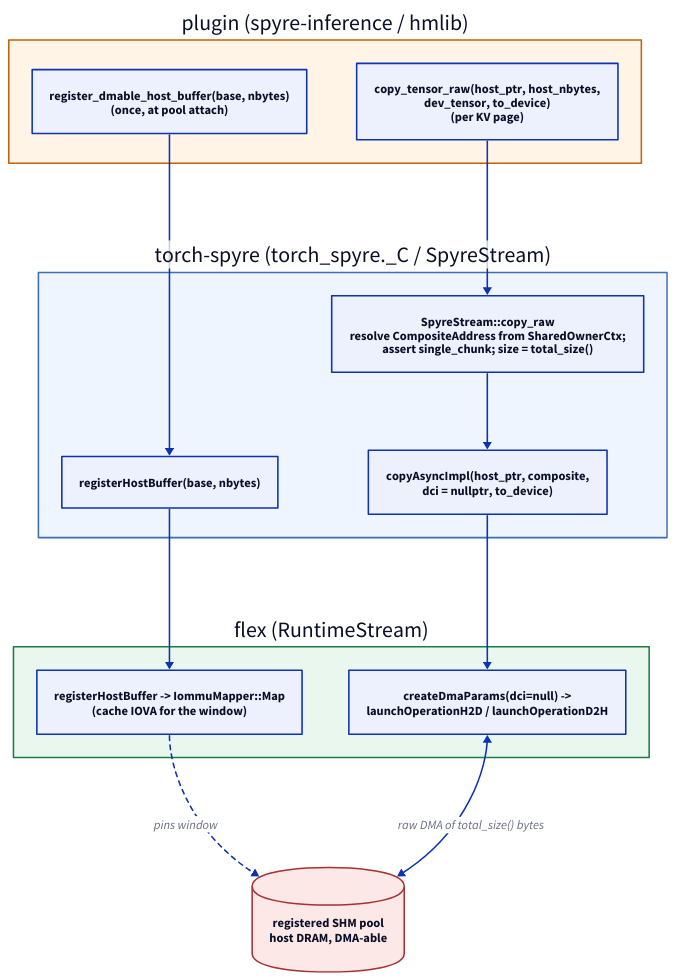
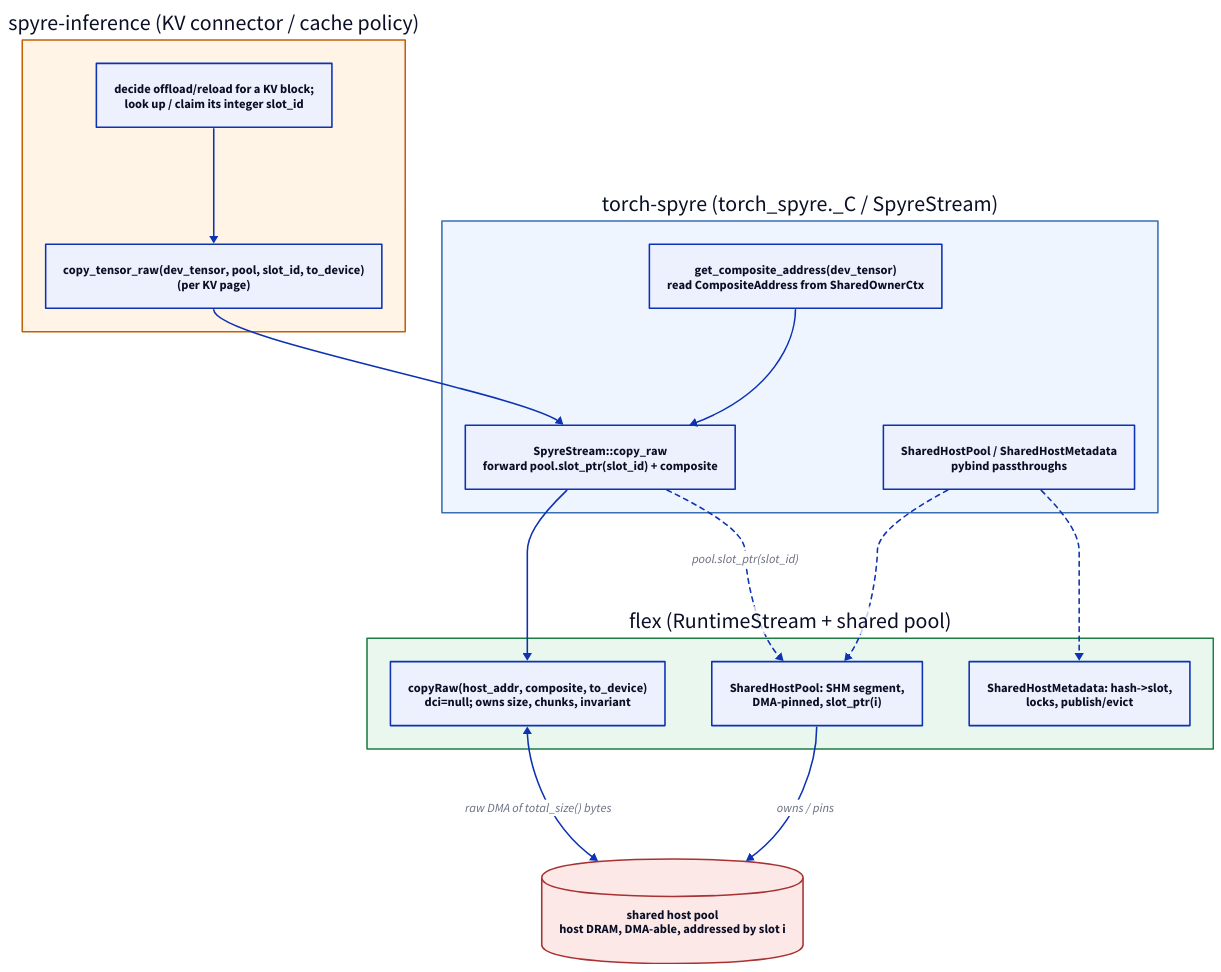
One commit to wangchen615/torch-spyre changed the diagram in docs/source/architecture/figures/copy-raw-call-path.d2. Above: the diagram before and after it, drawn with D2. The commit also changed 4 other files, not shown here.

First line of the commit message:
docs(architecture): align KV-offload surface with flex Shared Host KV Pool RFC v3

```diff
--- a/docs/source/architecture/figures/copy-raw-call-path.d2
+++ b/docs/source/architecture/figures/copy-raw-call-path.d2
@@ -1,36 +1,40 @@
 direction: down
 
-plugin: plugin (spyre-inference / hmlib) {
+conn: spyre-inference (KV connector / cache policy) {
   style.fill: "#fff4e6"
   style.stroke: "#c1620a"
-  REG: "register_dmable_host_buffer(base, nbytes)\n(once, at pool attach)"
-  CP: "copy_tensor_raw(host_ptr, host_nbytes,\ndev_tensor, to_device)\n(per KV page)"
+  POLICY: "decide offload/reload for a KV block;\nlook up / claim its integer slot_id"
+  CP: "copy_tensor_raw(dev_tensor, pool, slot_id, to_device)\n(per KV page)"
+  POLICY -> CP
 }
 
 ts: torch-spyre (torch_spyre._C / SpyreStream) {
   style.fill: "#eef5ff"
   style.stroke: "#3b6fb3"
-  RH: "registerHostBuffer(base, nbytes)"
-  CR: "SpyreStream::copy_raw\nresolve CompositeAddress from SharedOwnerCtx;\nassert single_chunk; size = total_size()"
-  CAI: "copyAsyncImpl(host_ptr, composite,\ndci = nullptr, to_device)"
-  CR -> CAI
+  GCA: "get_composite_address(dev_tensor)\nread CompositeAddress from SharedOwnerCtx"
+  CR: "SpyreStream::copy_raw\nforward pool.slot_ptr(slot_id) + composite"
+  WRAP: "SharedHostPool / SharedHostMetadata\npybind passthroughs"
+  GCA -> CR
 }
 
-flex: flex (RuntimeStream) {
+flex: flex (RuntimeStream + shared pool) {
   style.fill: "#e9f7ef"
   style.stroke: "#1e7d44"
-  REGF: "registerHostBuffer -> IommuMapper::Map\n(cache IOVA for the window)"
-  DMA: "createDmaParams(dci=null) ->\nlaunchOperationH2D / launchOperationD2H"
+  COPYRAW: "copyRaw(host_addr, composite, to_device)\ndci=null; owns size, chunks, invariant"
+  POOLOBJ: "SharedHostPool: SHM segment,\nDMA-pinned, slot_ptr(i)"
+  META: "SharedHostMetadata: hash->slot,\nlocks, publish/evict"
 }
 
-POOL: "registered SHM pool\nhost DRAM, DMA-able" {
+POOL: "shared host pool\nhost DRAM, DMA-able, addressed by slot i" {
   shape: cylinder
   style.fill: "#fde8e8"
   style.stroke: "#a83232"
 }
 
-plugin.REG -> ts.RH -> flex.REGF
-plugin.CP -> ts.CR
-ts.CAI -> flex.DMA
-flex.REGF -> POOL: "pins window" { style.stroke-dash: 3 }
-flex.DMA <-> POOL: "raw DMA of total_size() bytes"
+conn.CP -> ts.CR
+ts.CR -> flex.COPYRAW
+ts.CR -> flex.POOLOBJ: "pool.slot_ptr(slot_id)" { style.stroke-dash: 3 }
+ts.WRAP -> flex.POOLOBJ { style.stroke-dash: 3 }
+ts.WRAP -> flex.META { style.stroke-dash: 3 }
+flex.POOLOBJ -> POOL: "owns / pins"
+flex.COPYRAW <-> POOL: "raw DMA of total_size() bytes"
```
